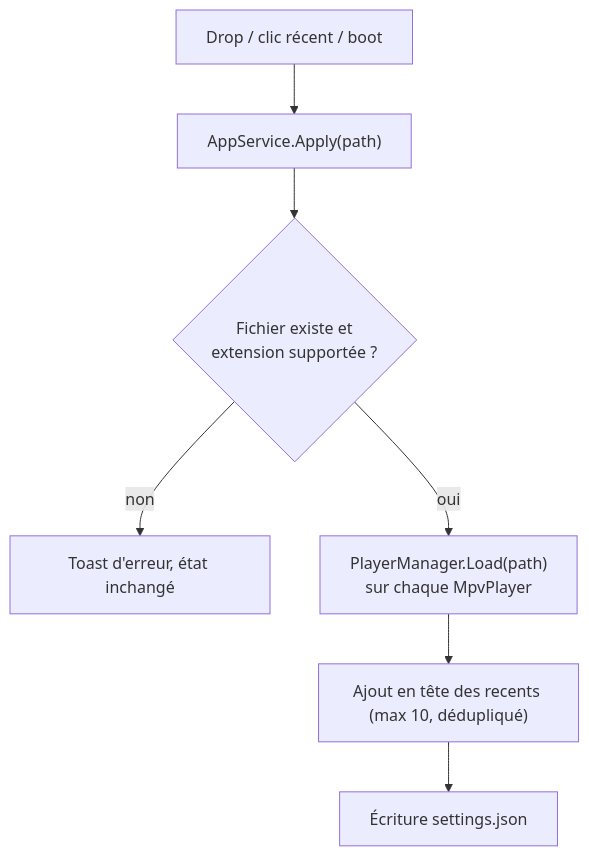
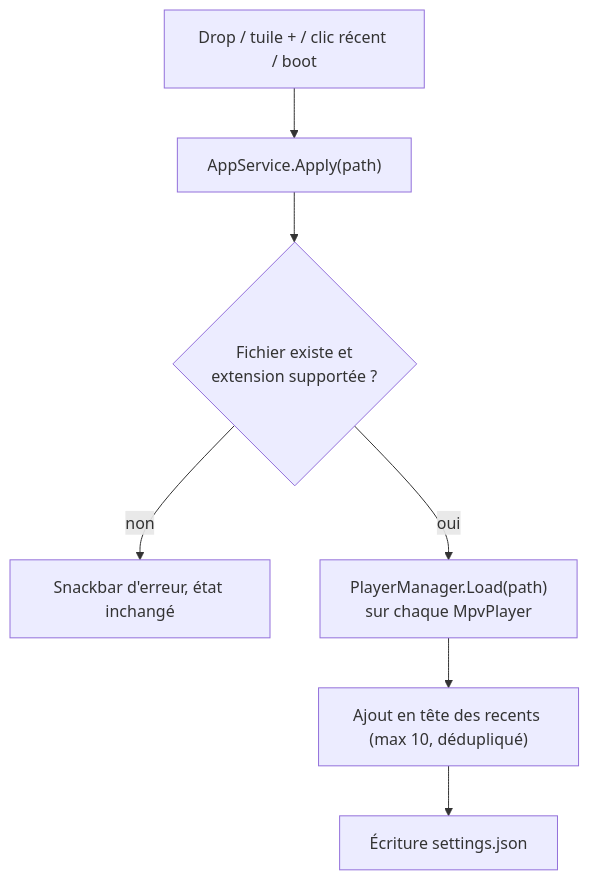
One commit to KevinT78/wallflow changed the third of 5 diagrams in docs/ARCHITECTURE-TECHNIQUE.md. Above: the diagram before and after it, drawn with Mermaid. The commit also changed other lines of this file and 2 other files, not shown here.

Commit message:
docs: sync refonte fenetre (glossaire, vue produit, architecture)

````diff
--- a/docs/ARCHITECTURE-TECHNIQUE.md
+++ b/docs/ARCHITECTURE-TECHNIQUE.md
@@ -128,9 +131,9 @@
 ```mermaid
 flowchart TD
-    A["Drop / clic récent / boot"] --> B["AppService.Apply(path)"]
+    A["Drop / tuile + / clic récent / boot"] --> B["AppService.Apply(path)"]
     B --> C{"Fichier existe et<br/>extension supportée ?"}
-    C -->|non| D["Toast d'erreur, état inchangé"]
+    C -->|non| D["Snackbar d'erreur, état inchangé"]
     C -->|oui| E["PlayerManager.Load(path)<br/>sur chaque MpvPlayer"]
     E --> F["Ajout en tête des recents (max 10, dédupliqué)"]
     F --> G["Écriture settings.json"]
 ```
````
